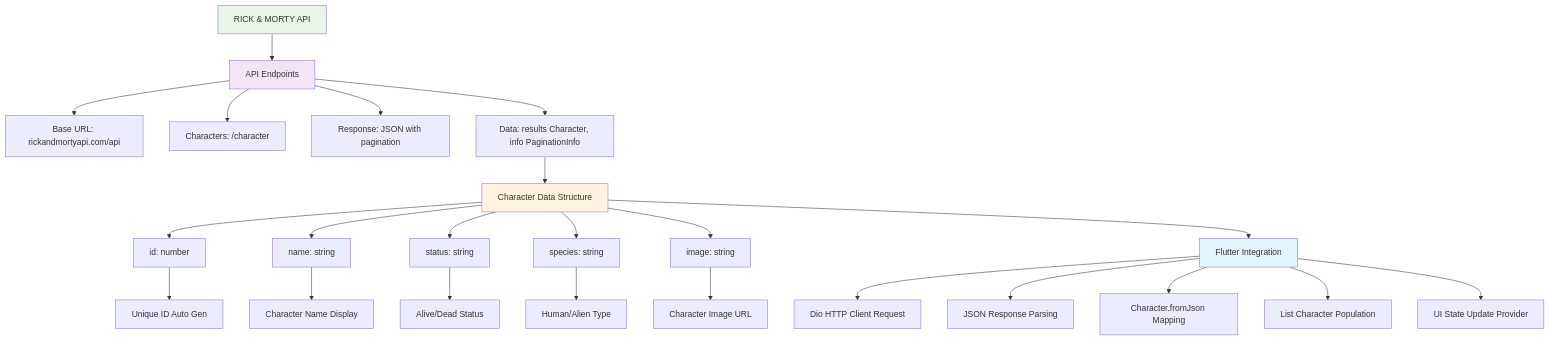
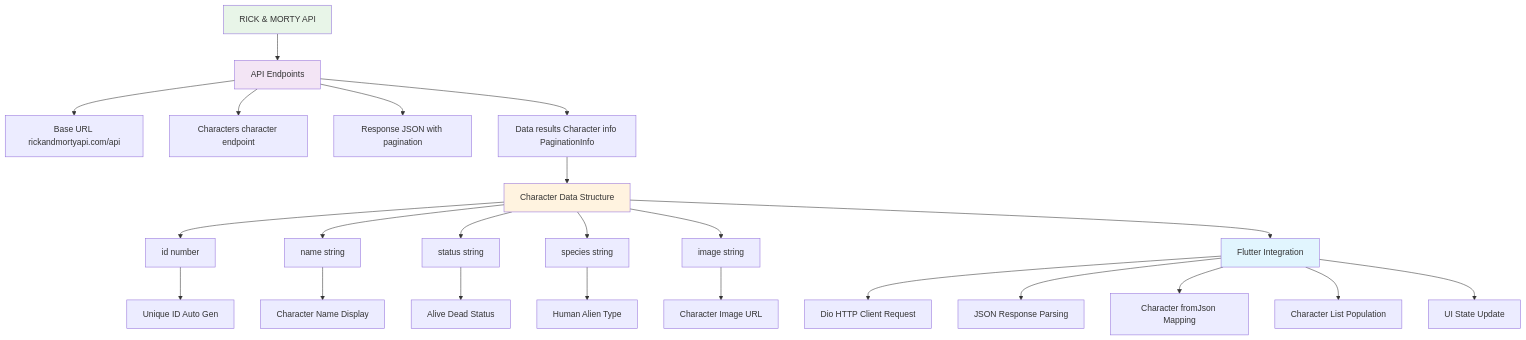
One commit to TheuXL/Rick-and-Morty changed the fifth of 5 diagrams in README.md. Above: the diagram before and after it, drawn with Mermaid. The commit also changed other lines of this file, not shown here.

````diff
--- a/README.md
+++ b/README.md
@@ -242,33 +242,33 @@
 ```mermaid
 flowchart TD
     A[RICK & MORTY API] --> B[API Endpoints]
-    B --> C[Base URL: rickandmortyapi.com/api]
-    B --> D[Characters: /character]
-    B --> E[Response: JSON with pagination]
-    B --> F[Data: results Character, info PaginationInfo]
+    B --> C[Base URL rickandmortyapi.com/api]
+    B --> D[Characters character endpoint]
+    B --> E[Response JSON with pagination]
+    B --> F[Data results Character info PaginationInfo]
     
     F --> G[Character Data Structure]
-    G --> H[id: number]
-    G --> I[name: string]
-    G --> J[status: string]
-    G --> K[species: string]
-    G --> L[image: string]
+    G --> H[id number]
+    G --> I[name string]
+    G --> J[status string]
+    G --> K[species string]
+    G --> L[image string]
     
     H --> M[Unique ID Auto Gen]
     I --> N[Character Name Display]
-    J --> O[Alive/Dead Status]
-    K --> P[Human/Alien Type]
+    J --> O[Alive Dead Status]
+    K --> P[Human Alien Type]
     L --> Q[Character Image URL]
     
     G --> R[Flutter Integration]
     R --> S[Dio HTTP Client Request]
     R --> T[JSON Response Parsing]
-    R --> U[Character.fromJson Mapping]
-    R --> V[List Character Population]
-    R --> W[UI State Update Provider]
+    R --> U[Character fromJson Mapping]
+    R --> V[Character List Population]
+    R --> W[UI State Update]
     
     style A fill:#e8f5e8
     style B fill:#f3e5f5
     style G fill:#fff3e0
     style R fill:#e1f5fe
 ```
````
